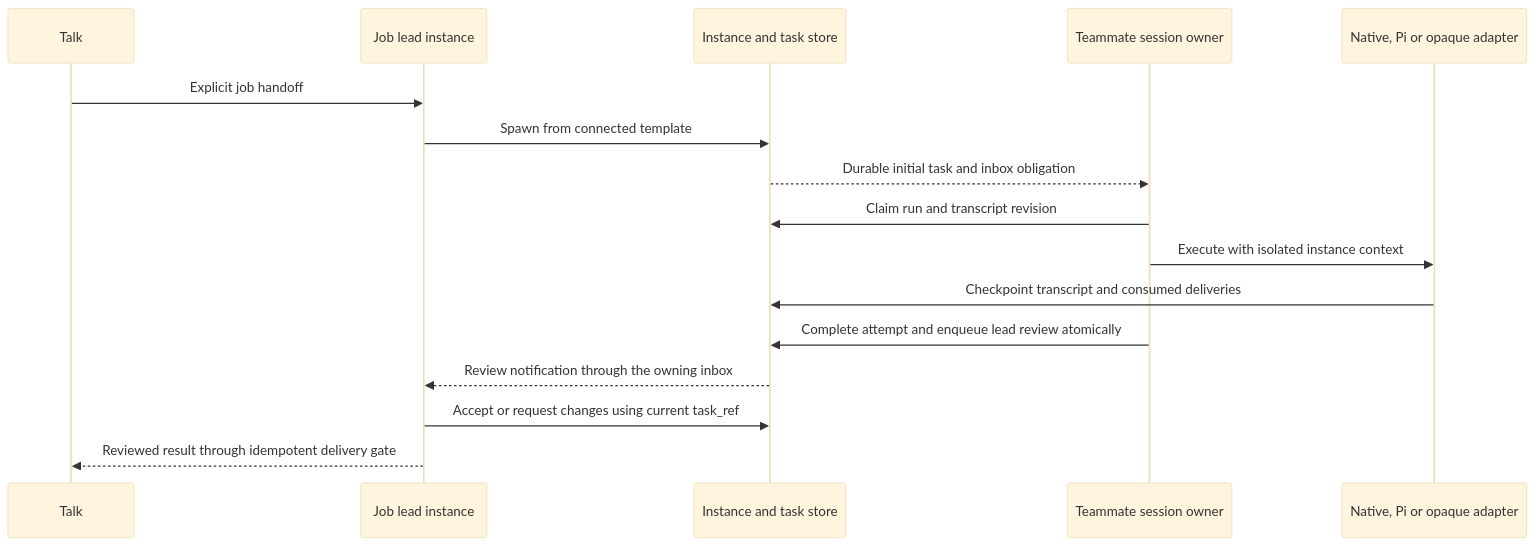
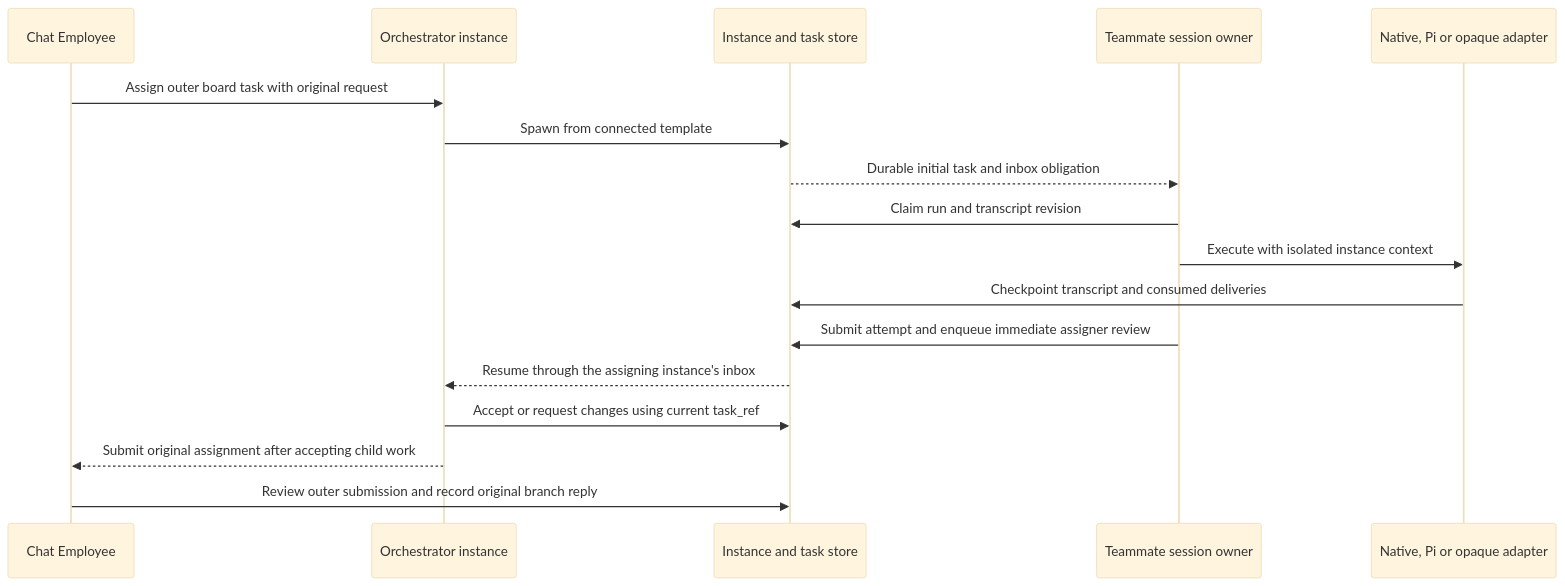
Before and after one commit to zeenie-ai/OpenCompany: the first of 3 diagrams in docs-internal/agent_context_flow.md, drawn with Mermaid (base theme). The commit also changed other lines of this file and 16 other files, not shown here.

````diff
--- a/docs-internal/agent_context_flow.md
+++ b/docs-internal/agent_context_flow.md
@@ -34,18 +36,19 @@
 ```mermaid
 sequenceDiagram
-    participant Talk
-    participant Lead as Job lead instance
+    participant Talk as Chat Employee
+    participant Lead as Orchestrator instance
     participant Store as Instance and task store
     participant Owner as Teammate session owner
     participant Runtime as Native, Pi or opaque adapter
-    Talk->>Lead: Explicit job handoff
+    Talk->>Lead: Assign outer board task with original request
     Lead->>Store: Spawn from connected template
     Store-->>Owner: Durable initial task and inbox obligation
     Owner->>Store: Claim run and transcript revision
     Owner->>Runtime: Execute with isolated instance context
     Runtime->>Store: Checkpoint transcript and consumed deliveries
-    Owner->>Store: Complete attempt and enqueue lead review atomically
-    Store-->>Lead: Review notification through the owning inbox
+    Owner->>Store: Submit attempt and enqueue immediate assigner review
+    Store-->>Lead: Resume through the assigning instance's inbox
     Lead->>Store: Accept or request changes using current task_ref
-    Lead-->>Talk: Reviewed result through idempotent delivery gate
+    Lead-->>Talk: Submit original assignment after accepting child work
+    Talk->>Store: Review outer submission and record original branch reply
 ```
````
